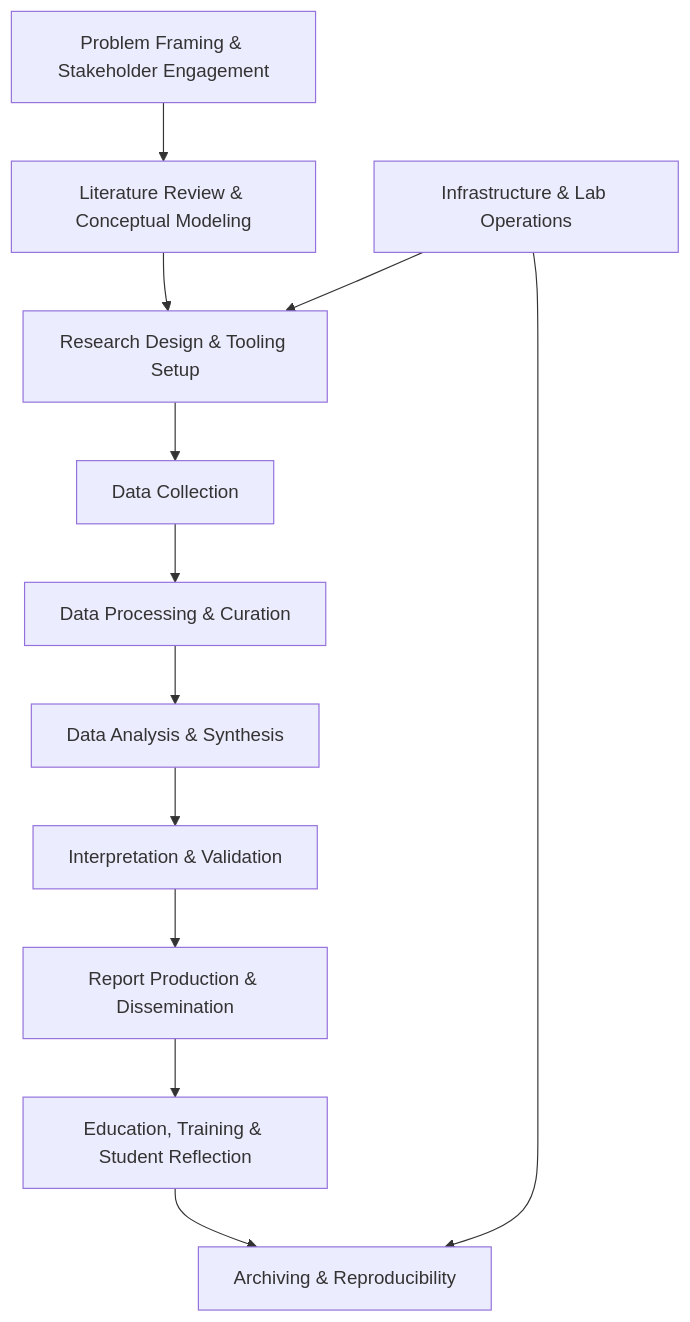
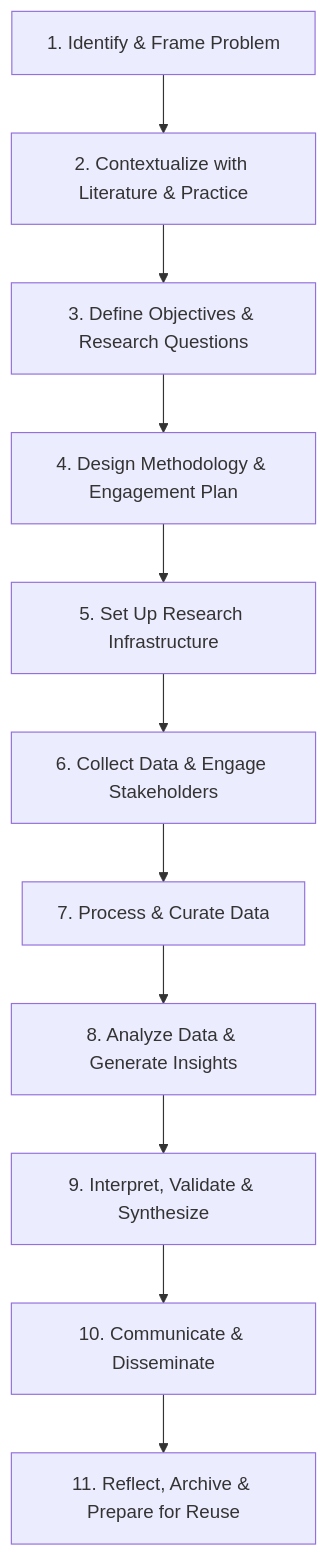
One commit to Value-Chain-Hackers/VCH-Infra changed the first of 3 diagrams in README.md. Above: the diagram before and after it, drawn with Mermaid. The commit also changed other lines of this file, not shown here.

````diff
--- a/README.md
+++ b/README.md
@@ -62,27 +82,25 @@
 ```mermaid
-graph TD
-    A[Problem Framing & Stakeholder Engagement]
-    B[Literature Review & Conceptual Modeling]
-    C[Research Design & Tooling Setup]
-    D[Data Collection]
-    E[Data Processing & Curation]
-    F[Data Analysis & Synthesis]
-    G[Interpretation & Validation]
-    H[Report Production & Dissemination]
-    I[Education, Training & Student Reflection]
-    J[Infrastructure & Lab Operations]
-    K[Archiving & Reproducibility]
+flowchart TD
+    A[1. Identify & Frame Problem]
+    B[2. Contextualize with Literature & Practice]
+    C[3. Define Objectives & Research Questions]
+    D[4. Design Methodology & Engagement Plan]
+    E[5. Set Up Research Infrastructure]
+    F[6. Collect Data & Engage Stakeholders]
+    G[7. Process & Curate Data]
+    H[8. Analyze Data & Generate Insights]
+    I[9. Interpret, Validate & Synthesize]
+    J[10. Communicate & Disseminate]
+    K[11. Reflect, Archive & Prepare for Reuse]
 
     A --> B
     B --> C
     C --> D
     D --> E
     E --> F
     F --> G
     G --> H
     H --> I
-    I --> K
-    J --> C
+    I --> J
     J --> K
-
 ```
````
